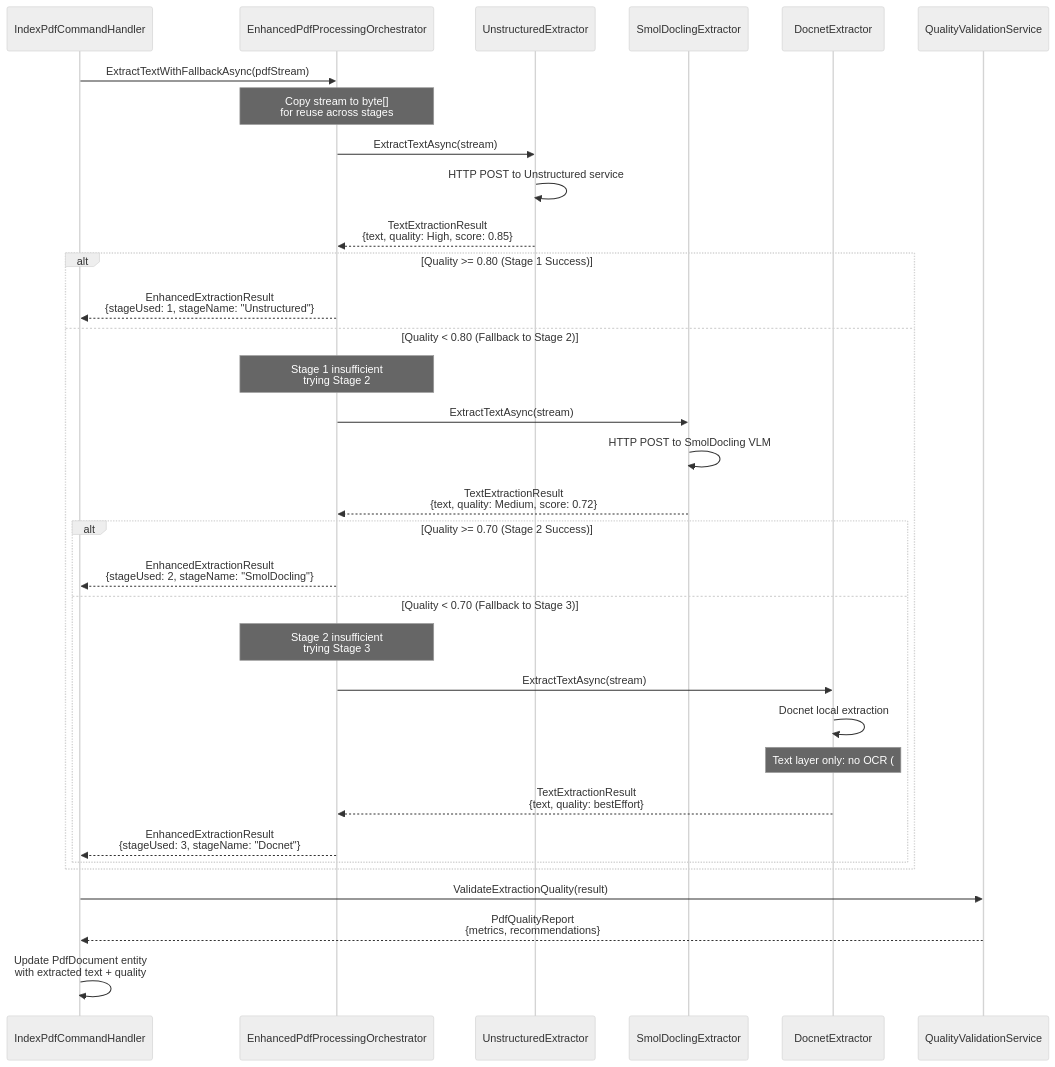
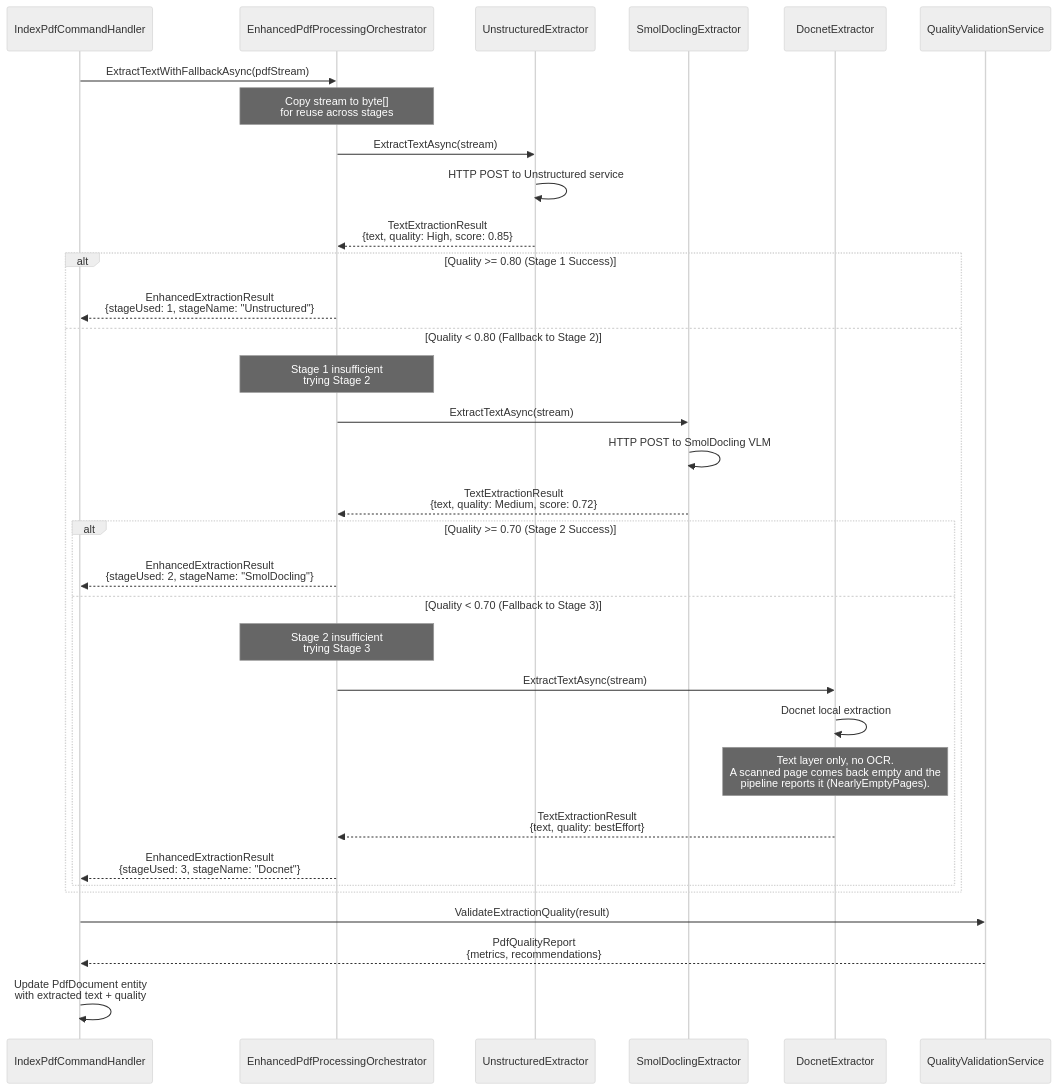
One commit to meepleAi-app/meepleai-monorepo changed the fifth of 9 diagrams in docs/for-claude/architecture/diagrams/bounded-contexts-interactions.md. Above: the diagram before and after it, drawn with Mermaid (neutral theme). The commit also changed other lines of this file and 3 other files, not shown here.

First line of the commit message:
docs(pdf): Docnet non fa OCR nei diagrammi della pipeline (#4437)

````diff
--- a/docs/for-claude/architecture/diagrams/bounded-contexts-interactions.md
+++ b/docs/for-claude/architecture/diagrams/bounded-contexts-interactions.md
@@ -340,48 +340,48 @@
 ```mermaid
 sequenceDiagram
     participant Handler as IndexPdfCommandHandler
     participant Orch as EnhancedPdfProcessingOrchestrator
     participant Stage1 as UnstructuredExtractor
     participant Stage2 as SmolDoclingExtractor
     participant Stage3 as DocnetExtractor
     participant Quality as QualityValidationService
 
     Handler->>Orch: ExtractTextWithFallbackAsync(pdfStream)
 
     Note over Orch: Copy stream to byte[]<br/>for reuse across stages
 
     Orch->>Stage1: ExtractTextAsync(stream)
     Stage1->>Stage1: HTTP POST to Unstructured service
     Stage1-->>Orch: TextExtractionResult<br/>{text, quality: High, score: 0.85}
 
     alt Quality >= 0.80 (Stage 1 Success)
         Orch-->>Handler: EnhancedExtractionResult<br/>{stageUsed: 1, stageName: "Unstructured"}
 
     else Quality < 0.80 (Fallback to Stage 2)
         Note over Orch: Stage 1 insufficient<br/>trying Stage 2
 
         Orch->>Stage2: ExtractTextAsync(stream)
         Stage2->>Stage2: HTTP POST to SmolDocling VLM
         Stage2-->>Orch: TextExtractionResult<br/>{text, quality: Medium, score: 0.72}
 
         alt Quality >= 0.70 (Stage 2 Success)
             Orch-->>Handler: EnhancedExtractionResult<br/>{stageUsed: 2, stageName: "SmolDocling"}
 
         else Quality < 0.70 (Fallback to Stage 3)
             Note over Orch: Stage 2 insufficient<br/>trying Stage 3
 
             Orch->>Stage3: ExtractTextAsync(stream)
             Stage3->>Stage3: Docnet local extraction
 
-            Note over Stage3: Text layer only: no OCR (#4437).<br/>A scanned page comes back empty and the<br/>pipeline reports it (NearlyEmptyPages).
+            Note over Stage3: Text layer only, no OCR.<br/>A scanned page comes back empty and the<br/>pipeline reports it (NearlyEmptyPages).
 
             Stage3-->>Orch: TextExtractionResult<br/>{text, quality: bestEffort}
             Orch-->>Handler: EnhancedExtractionResult<br/>{stageUsed: 3, stageName: "Docnet"}
         end
     end
 
     Handler->>Quality: ValidateExtractionQuality(result)
     Quality-->>Handler: PdfQualityReport<br/>{metrics, recommendations}
 
     Handler->>Handler: Update PdfDocument entity<br/>with extracted text + quality
 ```
````
